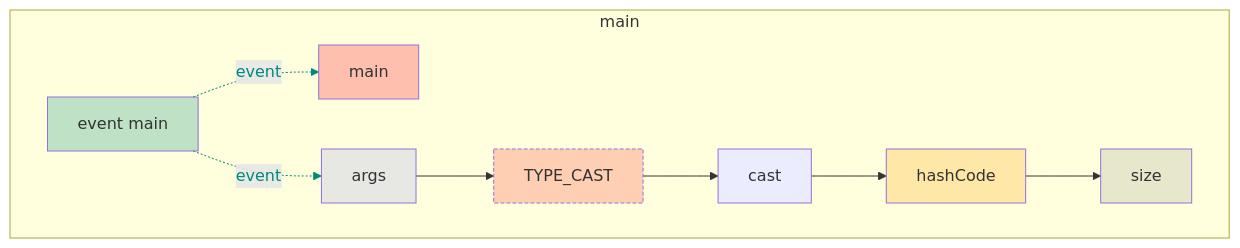
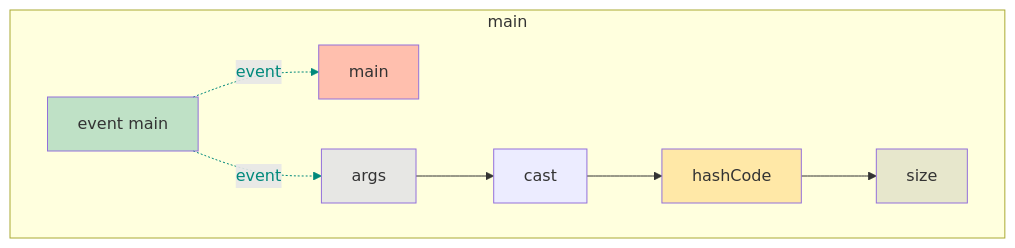
Before and after one commit to gstiebler/codeflow: the diagram in app/src/test/resources/unsupportedAssignment/snapshot.md, drawn with Mermaid. The commit also changed 13 other files, not shown here.

````diff
--- a/app/src/test/resources/unsupportedAssignment/snapshot.md
+++ b/app/src/test/resources/unsupportedAssignment/snapshot.md
@@ -1,28 +1,26 @@
 ```mermaid
 flowchart TD
   subgraph b0["main"]
     n1[event main]:::EVENT
     n2[main]:::RETURN
     n3[args]:::FUNC_PARAM
-    n4[TYPE_CAST]:::UNMODELLED
-    n5[cast]:::OBJ_VARIABLE
-    n6[hashCode]:::EXTERNAL
-    n7[size]:::VARIABLE
+    n4[cast]:::OBJ_VARIABLE
+    n5[hashCode]:::EXTERNAL
+    n6[size]:::VARIABLE
     n1[event main]:::EVENT -. event .-> n2[main]:::RETURN
     n1[event main]:::EVENT -. event .-> n3[args]:::FUNC_PARAM
-    n3[args]:::FUNC_PARAM --> n4[TYPE_CAST]:::UNMODELLED
-    n4[TYPE_CAST]:::UNMODELLED --> n5[cast]:::OBJ_VARIABLE
-    n5[cast]:::OBJ_VARIABLE --> n6[hashCode]:::EXTERNAL
-    n6[hashCode]:::EXTERNAL --> n7[size]:::VARIABLE
+    n3[args]:::FUNC_PARAM --> n4[cast]:::OBJ_VARIABLE
+    n4[cast]:::OBJ_VARIABLE --> n5[hashCode]:::EXTERNAL
+    n5[hashCode]:::EXTERNAL --> n6[size]:::VARIABLE
   end
   linkStyle 0 stroke:#00897b,color:#00897b
   linkStyle 1 stroke:#00897b,color:#00897b
   classDef LITERAL fill:#00FF0030
   classDef VARIABLE fill:#80808030
   classDef BIN_OP fill:#80808080
   classDef FUNC_PARAM fill:#8080FF30
   classDef RETURN fill:#FF808080
   classDef EXTERNAL fill:#FFA50040
   classDef UNMODELLED fill:#FF000030,stroke-dasharray: 4 2
   classDef EVENT fill:#00897B40
 ```
````
